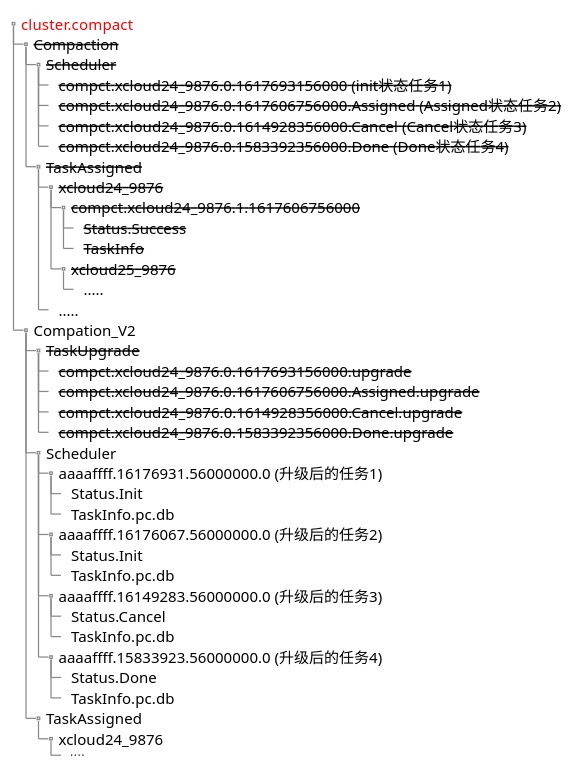
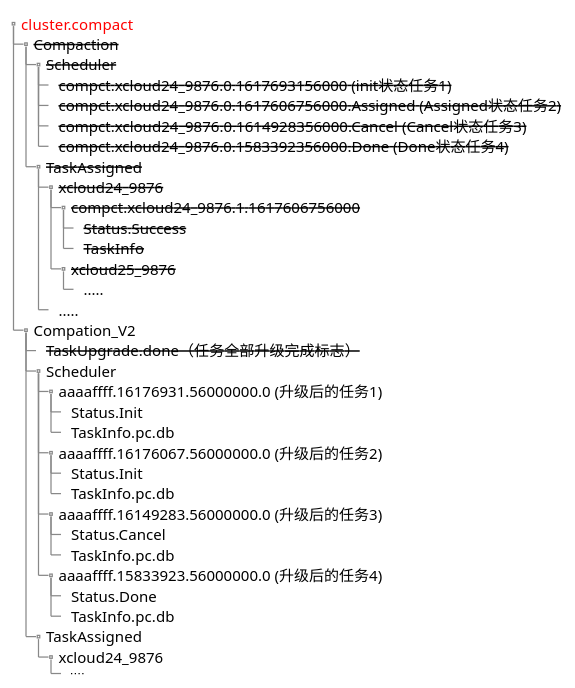
One commit to HarpsealCC/note changed the tenth of 10 diagrams in 东方国信工作资料/compaction/Compaction任务升级方案.md. Above: the diagram before and after it, drawn with PlantUML. The commit also changed other lines of this file and 1 other file, not shown here.

````diff
--- a/东方国信工作资料/compaction/Compaction任务升级方案.md
+++ b/东方国信工作资料/compaction/Compaction任务升级方案.md
@@ -220,45 +258,41 @@
 ```plantuml
 @startsalt
 {
 {T
  + <color:red>cluster.compact
  ++ <s>Compaction
  +++ <s>Scheduler
  ++++ <s>compct.xcloud24_9876.0.1617693156000 (init状态任务1)
  ++++ <s>compct.xcloud24_9876.0.1617606756000.Assigned (Assigned状态任务2)
  ++++ <s>compct.xcloud24_9876.0.1614928356000.Cancel (Cancel状态任务3)
  ++++ <s>compct.xcloud24_9876.0.1583392356000.Done (Done状态任务4)
  +++ <s>TaskAssigned
  ++++ <s>xcloud24_9876
  +++++ <s>compct.xcloud24_9876.1.1617606756000
  ++++++ <s>Status.Success
  ++++++ <s>TaskInfo
  +++++ <s>xcloud25_9876
  ++++++ .....
  ++++ .....
  ++ Compation_V2
- +++ <s>TaskUpgrade
- ++++ <s>compct.xcloud24_9876.0.1617693156000.upgrade
- ++++ <s>compct.xcloud24_9876.0.1617606756000.Assigned.upgrade
- ++++ <s>compct.xcloud24_9876.0.1614928356000.Cancel.upgrade
- ++++ <s>compct.xcloud24_9876.0.1583392356000.Done.upgrade
+ +++ <s>TaskUpgrade.done（任务全部升级完成标志）
  +++ Scheduler
  ++++ aaaaffff.16176931.56000000.0 (升级后的任务1)
  +++++ Status.Init
  +++++ TaskInfo.pc.db
  ++++ aaaaffff.16176067.56000000.0 (升级后的任务2)
  +++++ Status.Init
  +++++ TaskInfo.pc.db
  ++++ aaaaffff.16149283.56000000.0 (升级后的任务3)
  +++++ Status.Cancel
  +++++ TaskInfo.pc.db
  ++++ aaaaffff.15833923.56000000.0 (升级后的任务4)
  +++++ Status.Done
  +++++ TaskInfo.pc.db
  +++ TaskAssigned
  ++++ xcloud24_9876
  +++++ ....
 }
 }
 @endsalt
 ```
````
